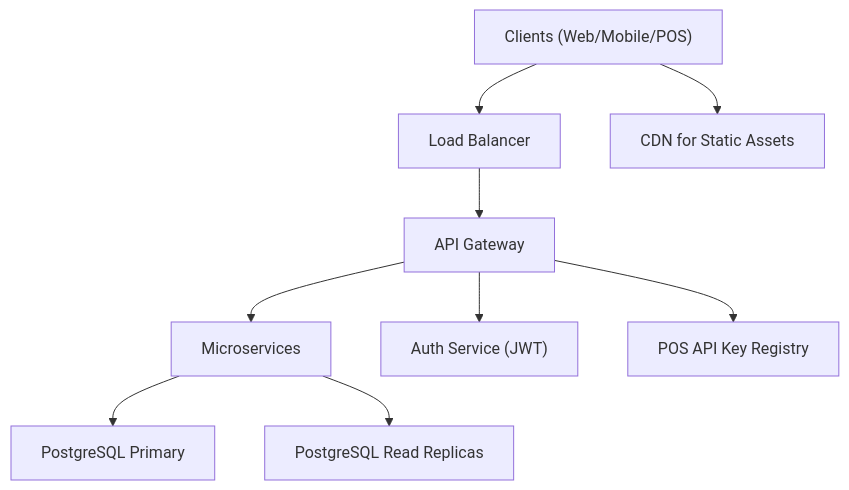
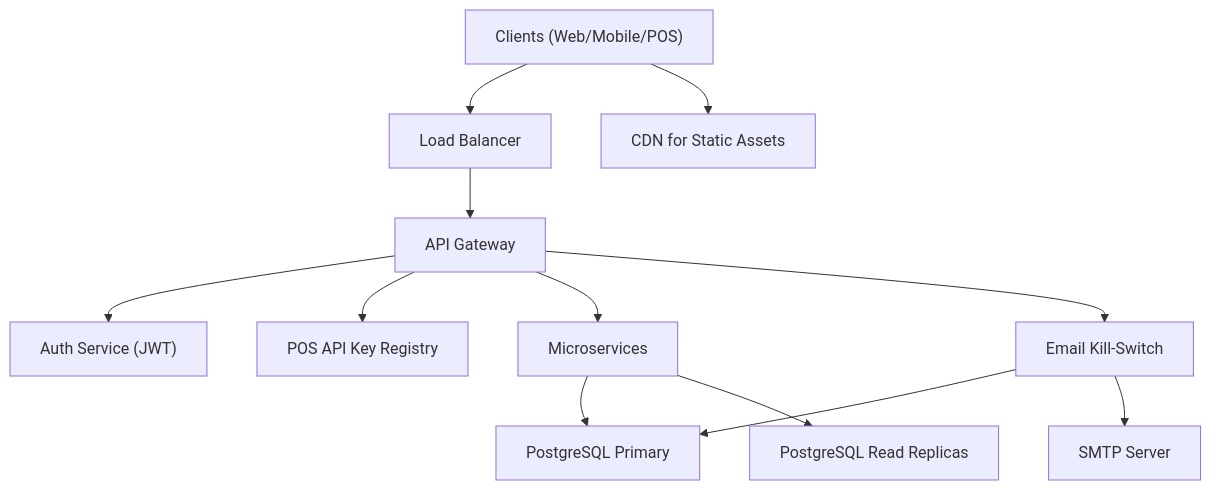
One commit to lamhongbac/NonCash changed the fifth of 7 diagrams in .qoder/repowiki/en/content/Configuration and Deployment/Configuration and Deployment.md. Above: the diagram before and after it, drawn with Mermaid. The commit also changed other lines of this file and 57 other files, not shown here.

````diff
--- a/.qoder/repowiki/en/content/Configuration and Deployment/Configuration and Deployment.md
+++ b/.qoder/repowiki/en/content/Configuration and Deployment/Configuration and Deployment.md
@@ -211,20 +304,25 @@
 ```mermaid
 graph TB
 Client["Clients (Web/Mobile/POS)"]
 LB["Load Balancer"]
 GW["API Gateway"]
 Svc["Microservices"]
 Auth["Auth Service (JWT)"]
 POSKeys["POS API Key Registry"]
 DBPrim["PostgreSQL Primary"]
 DBRep["PostgreSQL Read Replicas"]
 CDN["CDN for Static Assets"]
+EmailCtrl["Email Kill-Switch"]
+SMTP["SMTP Server"]
 Client --> LB
 LB --> GW
 GW --> Auth
 GW --> POSKeys
 GW --> Svc
+GW --> EmailCtrl
+EmailCtrl --> DBPrim
+EmailCtrl --> SMTP
 Svc --> DBPrim
 Svc --> DBRep
 Client --> CDN
 ```
````
